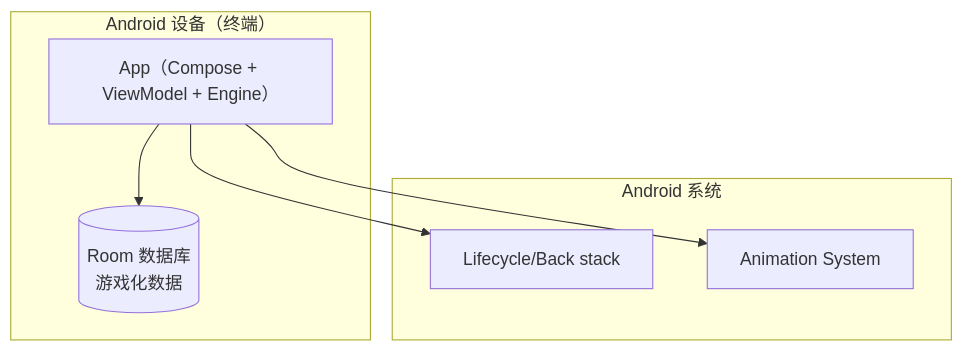
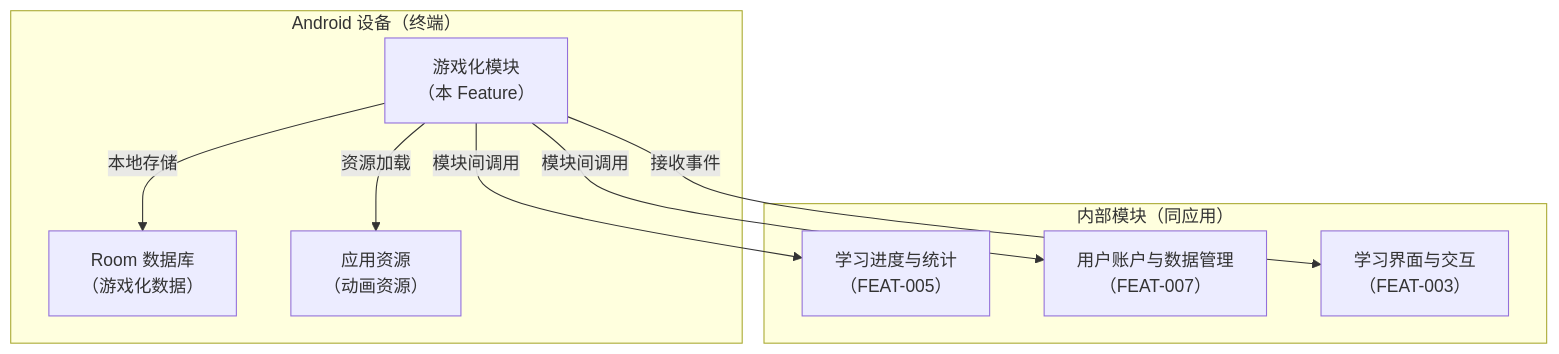
The second of 26 diagrams in specs/epics/EPIC-001-word-memory-app/features/FEAT-004-gamification-incentive/plan.md (jackykarma/Verity), drawn with Mermaid before and after one commit. The commit also changed other lines of this file and 20 other files, not shown here.

````diff
--- a/specs/epics/EPIC-001-word-memory-app/features/FEAT-004-gamification-incentive/plan.md
+++ b/specs/epics/EPIC-001-word-memory-app/features/FEAT-004-gamification-incentive/plan.md
@@ -89,14 +93,18 @@
 ```mermaid
 flowchart TB
   subgraph Device["Android 设备（终端）"]
-    App["App（Compose + ViewModel + Engine）"]
-    LocalDB[(Room 数据库<br/>游戏化数据)]
+    App["游戏化模块<br/>（本 Feature）"]
+    RoomDB["Room 数据库<br/>（游戏化数据）"]
+    Assets["应用资源<br/>（动画资源）"]
   end
-  subgraph Android["Android 系统"]
-    Lifecycle["Lifecycle/Back stack"]
-    Animation["Animation System"]
+  subgraph Internal["内部模块（同应用）"]
+    LearningStats["学习进度与统计<br/>（FEAT-005）"]
+    UserData["用户账户与数据管理<br/>（FEAT-007）"]
+    LearningUI["学习界面与交互<br/>（FEAT-003）"]
   end
-  App --> LocalDB
-  App --> Lifecycle
-  App --> Animation
+  App -->|本地存储| RoomDB
+  App -->|资源加载| Assets
+  App -->|模块间调用| LearningStats
+  App -->|模块间调用| UserData
+  App -->|接收事件| LearningUI
 ```
````
